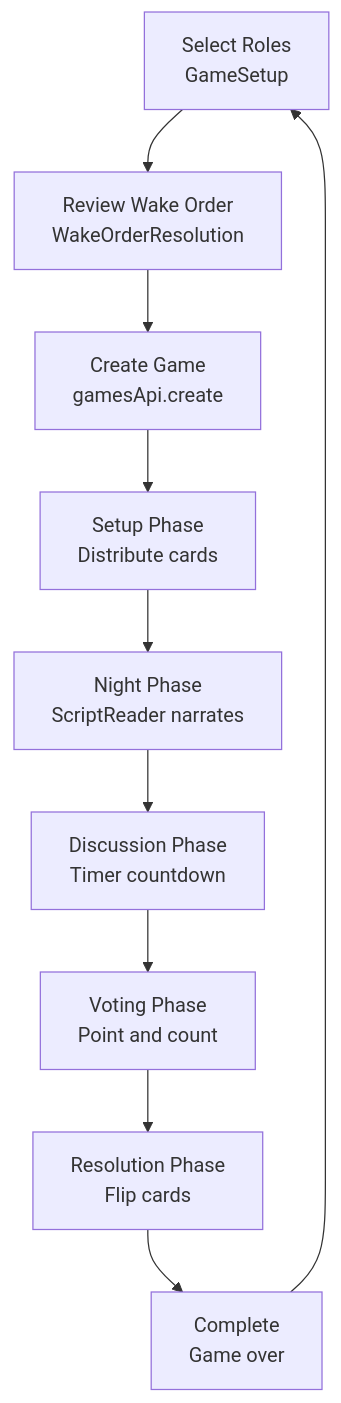
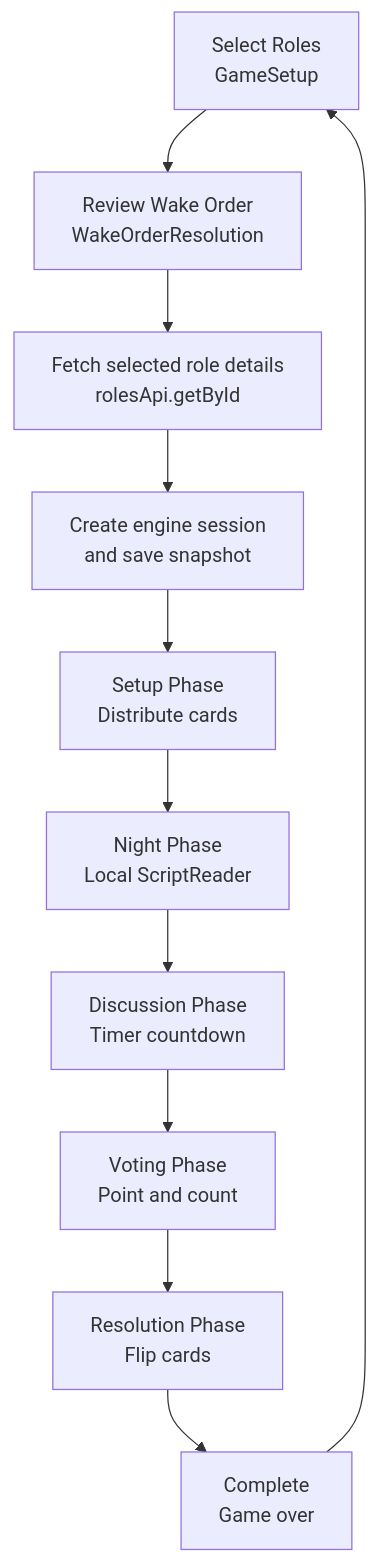
The third of 3 diagrams in docs/ARCHITECTURE.md (threnjen/yourwolf-monorepo), drawn with Mermaid before and after one commit. The commit also changed other lines of this file and 66 other files, not shown here.

First line of the commit message:
Phase/phase 04b engine frontend integration (#15)

````diff
--- a/docs/ARCHITECTURE.md
+++ b/docs/ARCHITECTURE.md
@@ -209,13 +215,14 @@
 ```mermaid
-%% Current backend-dependent game flow through all game phases.
+%% Current local game flow through all persisted phases.
 flowchart TD
     A[Select Roles<br>GameSetup] --> B[Review Wake Order<br>WakeOrderResolution]
-    B --> C[Create Game<br>gamesApi.create]
-    C --> D[Setup Phase<br>Distribute cards]
-    D --> E[Night Phase<br>ScriptReader narrates]
-    E --> F[Discussion Phase<br>Timer countdown]
-    F --> G[Voting Phase<br>Point and count]
-    G --> H[Resolution Phase<br>Flip cards]
-    H --> I[Complete<br>Game over]
-    I --> A
+    B --> C[Fetch selected role details<br>rolesApi.getById]
+    C --> D[Create engine session<br>and save snapshot]
+    D --> E[Setup Phase<br>Distribute cards]
+    E --> F[Night Phase<br>Local ScriptReader]
+    F --> G[Discussion Phase<br>Timer countdown]
+    G --> H[Voting Phase<br>Point and count]
+    H --> I[Resolution Phase<br>Flip cards]
+    I --> J[Complete<br>Game over]
+    J --> A
 ```
````
